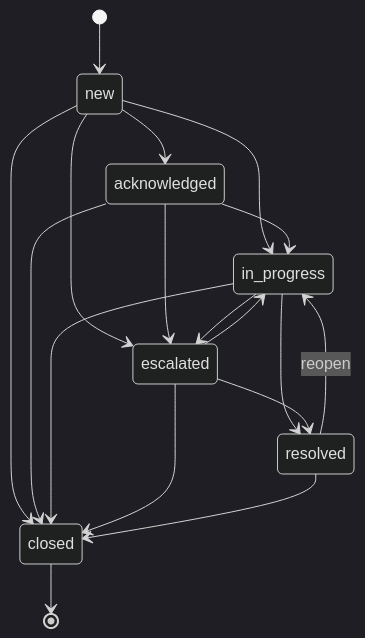
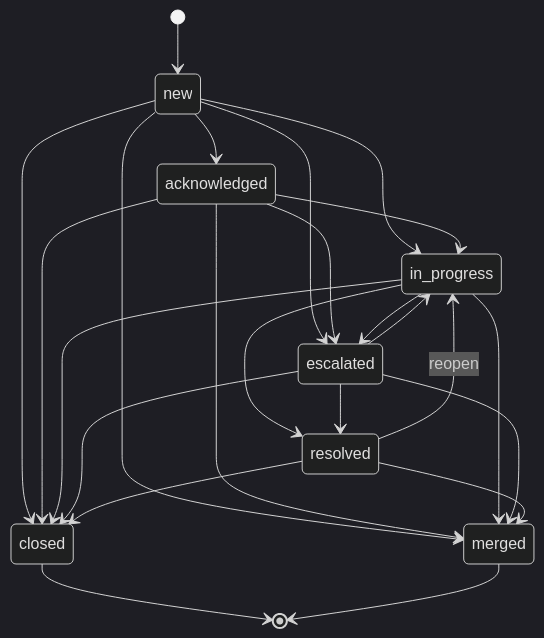
The diagram in docs/5-integrations/extensions/limacharlie/ticketing.md (refractionPOINT/documentation), drawn with Mermaid (dark theme) before and after one commit. The commit also changed other lines of this file, not shown here.

````diff
--- a/docs/5-integrations/extensions/limacharlie/ticketing.md
+++ b/docs/5-integrations/extensions/limacharlie/ticketing.md
@@ -51,20 +51,26 @@
 ```mermaid
 stateDiagram-v2
     [*] --> new
     new --> acknowledged
     new --> in_progress
     new --> escalated
     new --> closed
+    new --> merged
     acknowledged --> in_progress
     acknowledged --> escalated
     acknowledged --> closed
+    acknowledged --> merged
     in_progress --> escalated
     in_progress --> resolved
     in_progress --> closed
+    in_progress --> merged
     escalated --> in_progress
     escalated --> resolved
     escalated --> closed
+    escalated --> merged
     resolved --> closed
     resolved --> in_progress: reopen
+    resolved --> merged
     closed --> [*]
+    merged --> [*]
 ```
````
